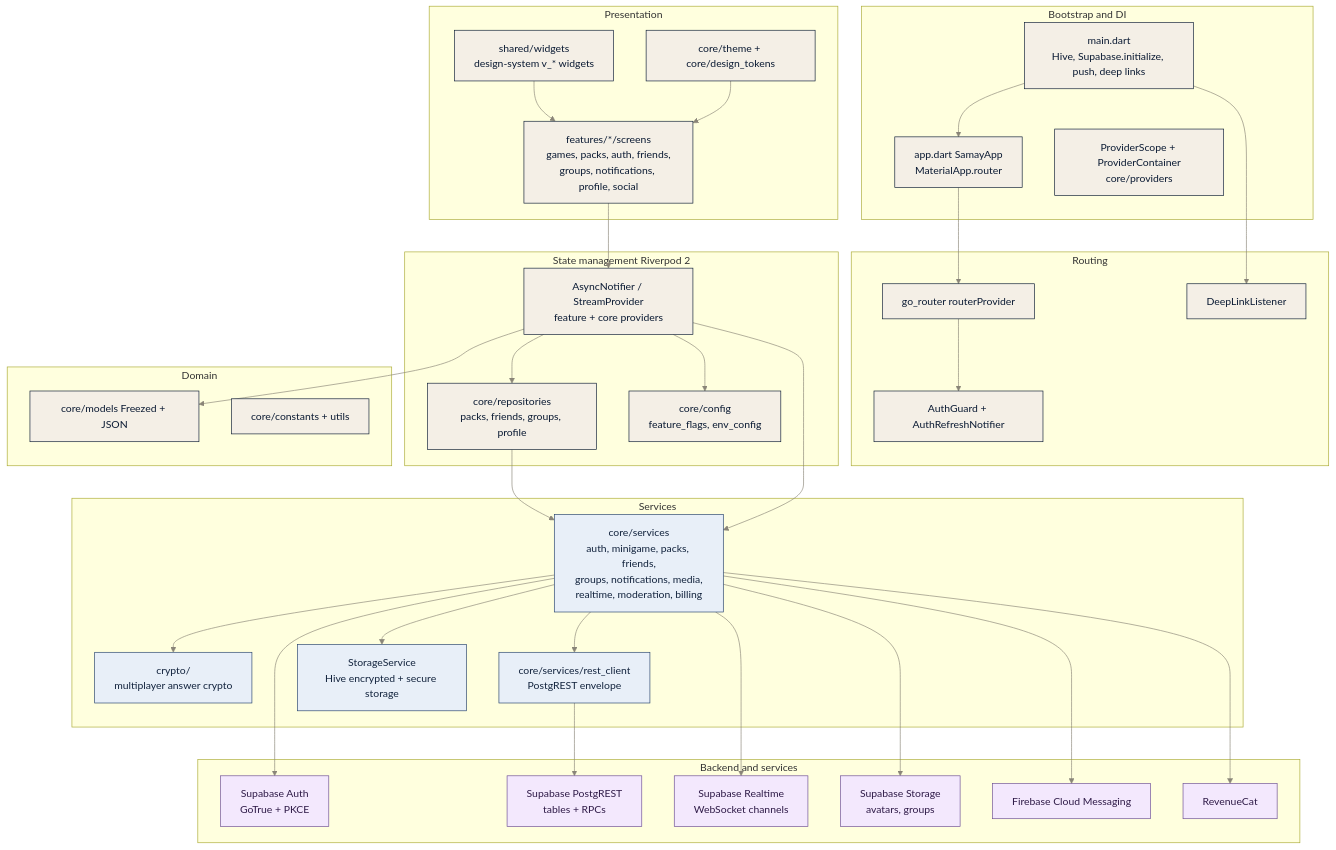
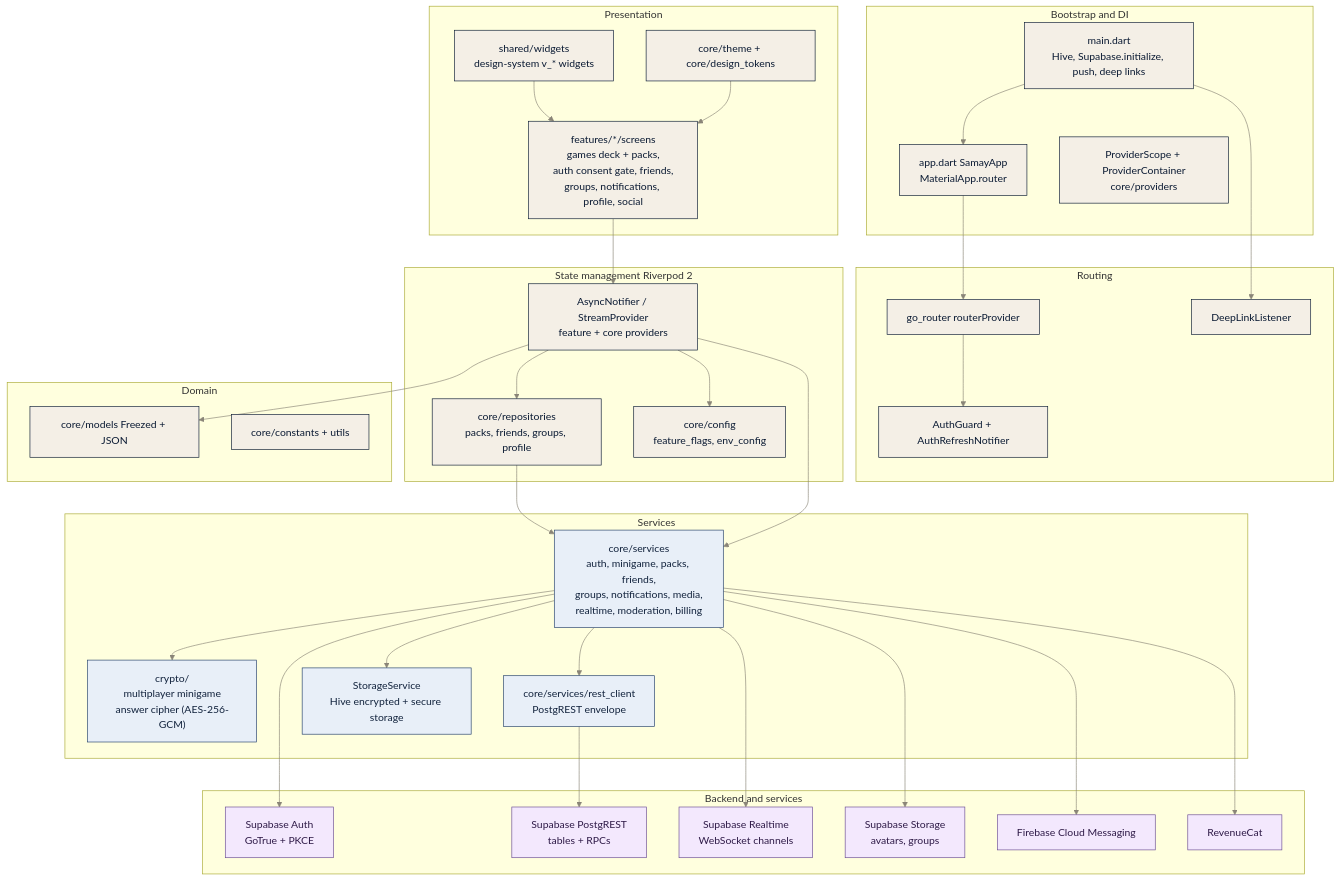
The diagram in docs/diagrams/architecture.mmd (DaereanLegrand/samay-frontend), drawn with Mermaid before and after one commit. The commit also changed 52 other files, not shown here.

```diff
--- a/docs/diagrams/architecture.mmd
+++ b/docs/diagrams/architecture.mmd
@@ -1,70 +1,70 @@
 flowchart TB
     subgraph Presentation["Presentation"]
-        UI["features/*/screens<br/>games, packs, auth, friends,<br/>groups, notifications, profile, social"]
+        UI["features/*/screens<br/>games deck + packs,<br/>auth consent gate, friends,<br/>groups, notifications, profile, social"]
         WID["shared/widgets<br/>design-system v_* widgets"]
         THEME["core/theme + core/design_tokens"]
     end
     subgraph Bootstrap["Bootstrap and DI"]
         MAIN["main.dart<br/>Hive, Supabase.initialize, push, deep links"]
         APP["app.dart SamayApp<br/>MaterialApp.router"]
         DI["ProviderScope + ProviderContainer<br/>core/providers"]
     end
     subgraph Routing["Routing"]
         ROUTER["go_router routerProvider"]
         GUARD["AuthGuard + AuthRefreshNotifier"]
         DEEP["DeepLinkListener"]
     end
     subgraph State["State management Riverpod 2"]
         PROVIDERS["AsyncNotifier / StreamProvider<br/>feature + core providers"]
         REPO["core/repositories<br/>packs, friends, groups, profile"]
         FLAGS["core/config<br/>feature_flags, env_config"]
     end
     subgraph Domain["Domain"]
         MODELS["core/models Freezed + JSON"]
         CONST["core/constants + utils"]
     end
     subgraph Services["Services"]
         SVC["core/services<br/>auth, minigame, packs, friends,<br/>groups, notifications, media,<br/>realtime, moderation, billing"]
-        CRYPTO["crypto/<br/>multiplayer answer crypto"]
+        CRYPTO["crypto/<br/>multiplayer minigame<br/>answer cipher (AES-256-GCM)"]
         REST["core/services/rest_client<br/>PostgREST envelope"]
         STORE["StorageService<br/>Hive encrypted + secure storage"]
     end
     subgraph External["Backend and services"]
         SUPAAUTH["Supabase Auth<br/>GoTrue + PKCE"]
         SUPADB["Supabase PostgREST<br/>tables + RPCs"]
         SUPART["Supabase Realtime<br/>WebSocket channels"]
         SUPAS3["Supabase Storage<br/>avatars, groups"]
         FCM["Firebase Cloud Messaging"]
         RC["RevenueCat"]
     end
     MAIN --> APP
     APP --> ROUTER
     ROUTER --> GUARD
     MAIN --> DEEP
     UI --> PROVIDERS
     WID --> UI
     THEME --> UI
     PROVIDERS --> REPO
     REPO --> SVC
     PROVIDERS --> SVC
     PROVIDERS --> MODELS
     PROVIDERS --> FLAGS
     SVC --> REST
     REST --> SUPADB
     SVC --> SUPAAUTH
     SVC --> SUPART
     SVC --> SUPAS3
     SVC --> CRYPTO
     SVC --> STORE
     SVC --> FCM
     SVC --> RC
 
   classDef app fill:#F4EFE6,stroke:#0A1A33,color:#0A1A33,stroke-width:1px;
   classDef gw fill:#FBF3D9,stroke:#C9A84C,color:#5A4300,stroke-width:1px;
   classDef svc fill:#E8EFF8,stroke:#24406B,color:#12233D,stroke-width:1px;
   classDef data fill:#E6F4EA,stroke:#1E7A46,color:#0B3D22,stroke-width:1px;
   classDef ext fill:#F3E8FD,stroke:#6A4C93,color:#2E1A47,stroke-width:1px;
   linkStyle default stroke:#8A8578,stroke-width:1px;
   class UI,WID,THEME,MAIN,APP,DI,ROUTER,GUARD,DEEP,PROVIDERS,REPO,FLAGS,MODELS,CONST app;
   class SVC,CRYPTO,REST,STORE svc;
   class SUPAAUTH,SUPADB,SUPART,SUPAS3,FCM,RC ext;
```
